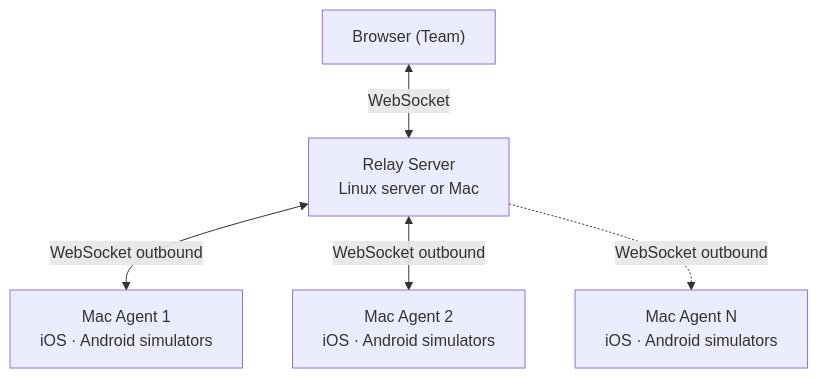
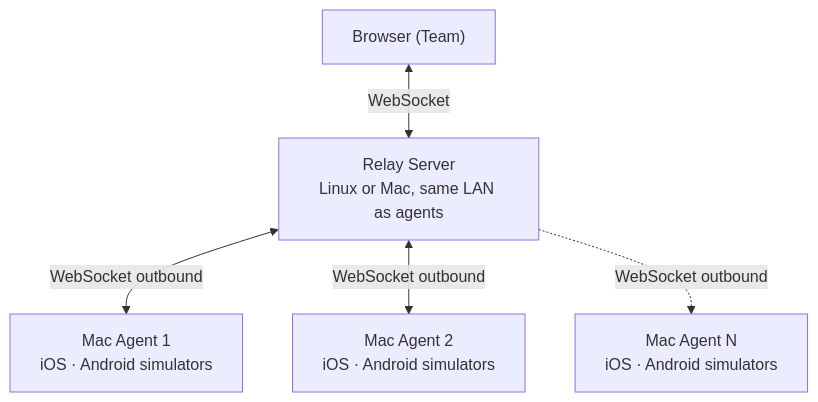
One commit to jo-duchan/tapflow changed the diagram in docs/guide/introduction.md. Above: the diagram before and after it, drawn with Mermaid. The commit also changed 1 other file, not shown here.

Commit message:
docs: clarify the relay runs on the same LAN as agents
The introduction architecture diagram labeled the relay 'Linux server or Mac',
which can read as 'host it on a cloud Linux server'. The relay must stay on the
same LAN as its agents — a cloud-hosted relay is unsupported because agent→relay
latency over the internet breaks the stream. Clarify the label in EN and KO.

````diff
--- a/docs/guide/introduction.md
+++ b/docs/guide/introduction.md
@@ -24,13 +24,13 @@
 ```mermaid
 flowchart TD
     B["Browser (Team)"]
-    R["Relay Server<br/>Linux server or Mac"]
+    R["Relay Server<br/>Linux or Mac, same LAN as agents"]
     A1["Mac Agent 1<br/>iOS · Android simulators"]
     A2["Mac Agent 2<br/>iOS · Android simulators"]
     More["Mac Agent N<br/>iOS · Android simulators"]
 
     B <-->|WebSocket| R
     R <-->|WebSocket outbound| A1
     R <-->|WebSocket outbound| A2
     R -.->|WebSocket outbound| More
 ```
````
